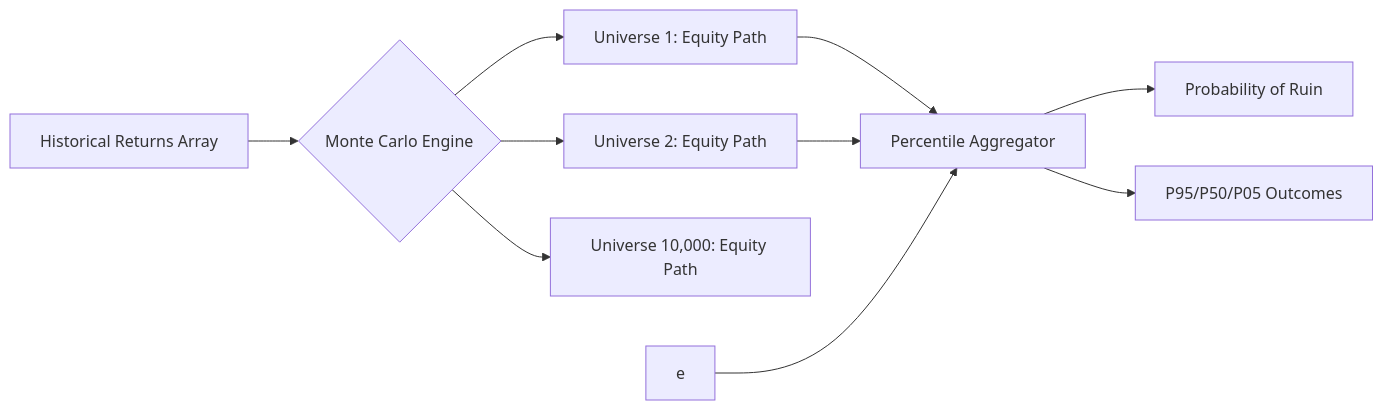
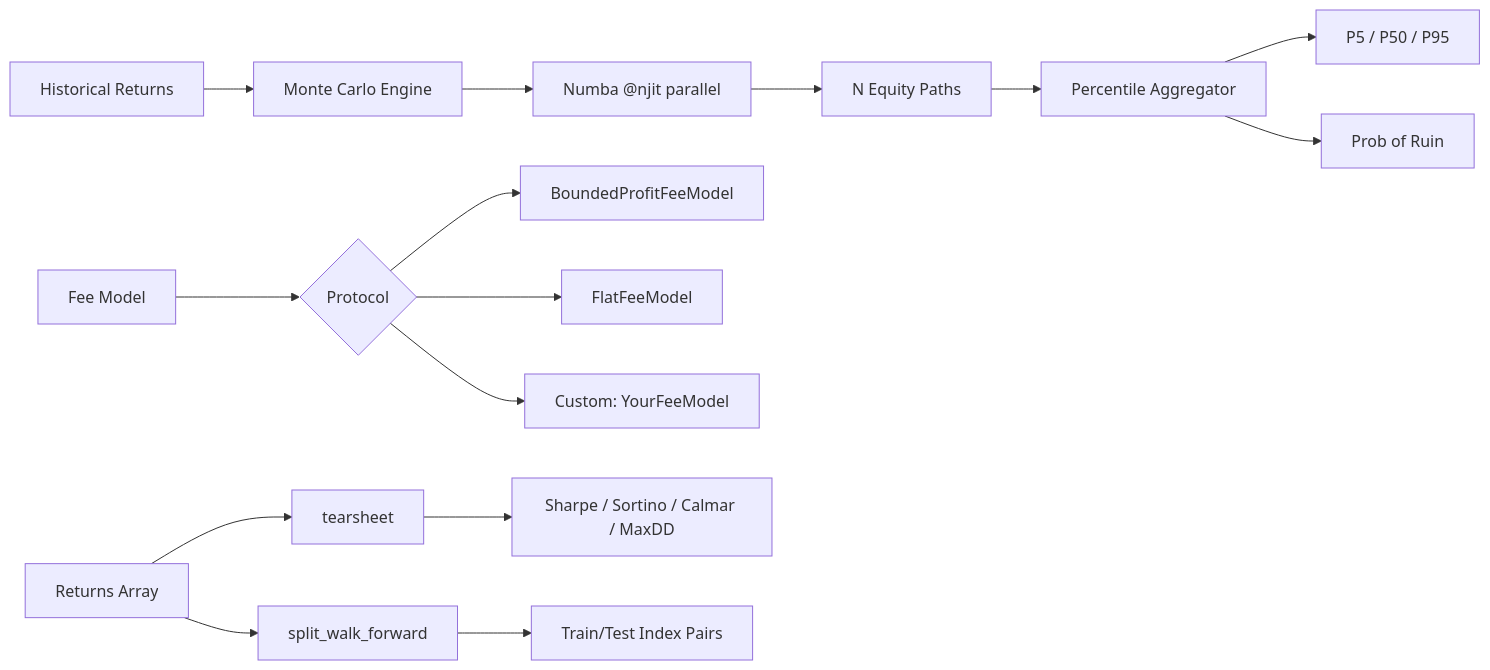
One commit to mrnicholasbcarter-code/verdict-backtest changed the diagram in README.md. Above: the diagram before and after it, drawn with Mermaid. The commit also changed other lines of this file, not shown here.

````diff
--- a/README.md
+++ b/README.md
@@ -12,10 +116,20 @@
 ```mermaid
 graph LR
-    A[Historical Returns Array] --> B{Monte Carlo Engine}
-    B --> C[Universe 1: Equity Path]
-    B --> D[Universe 2: Equity Path]
-    B --> E[Universe 10,000: Equity Path]
-    C & D & e --> F[Percentile Aggregator]
-    F --> G[Probability of Ruin]
-    F --> H[P95/P50/P05 Outcomes]
+    A[Historical Returns] --> B[Monte Carlo Engine]
+    B --> C[Numba @njit parallel]
+    C --> D[N Equity Paths]
+    D --> E[Percentile Aggregator]
+    E --> F[P5 / P50 / P95]
+    E --> G[Prob of Ruin]
+    
+    H[Fee Model] --> I{Protocol}
+    I --> J[BoundedProfitFeeModel]
+    I --> K[FlatFeeModel]
+    I --> L[Custom: YourFeeModel]
+    
+    M[Returns Array] --> N[tearsheet]
+    N --> O[Sharpe / Sortino / Calmar / MaxDD]
+    
+    M --> P[split_walk_forward]
+    P --> Q[Train/Test Index Pairs]
 ```
````
